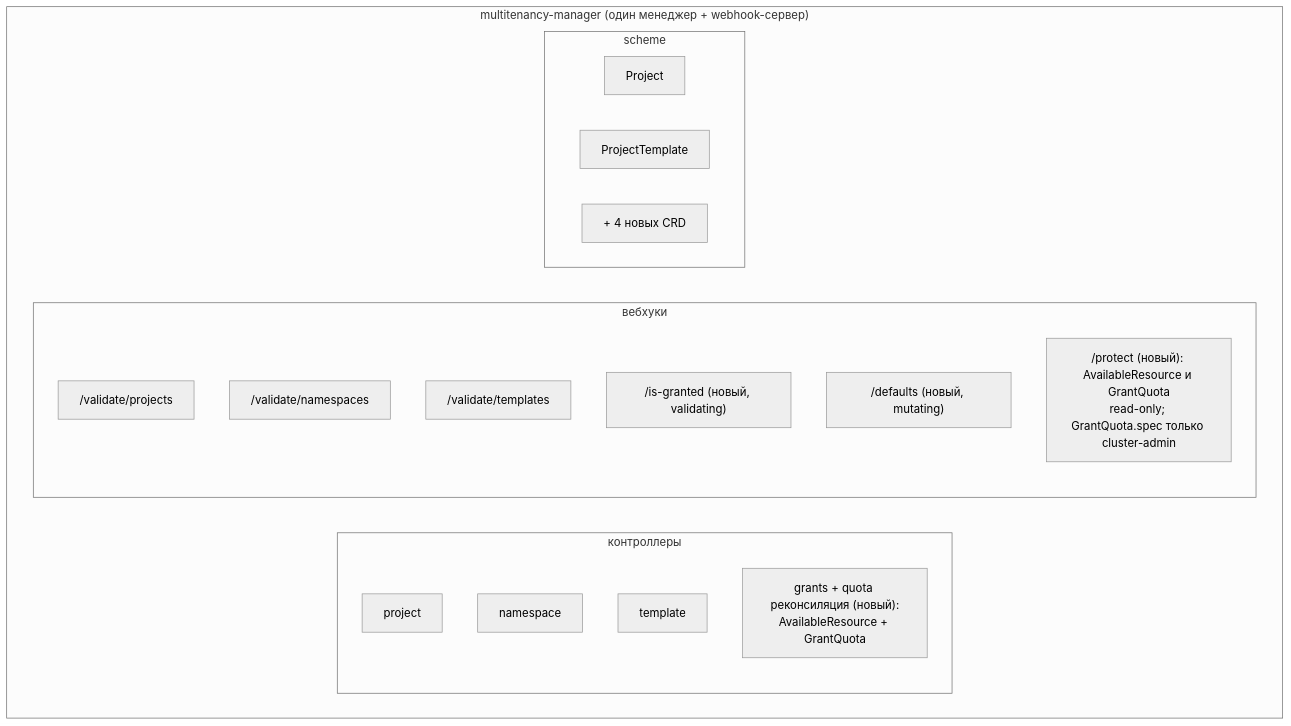
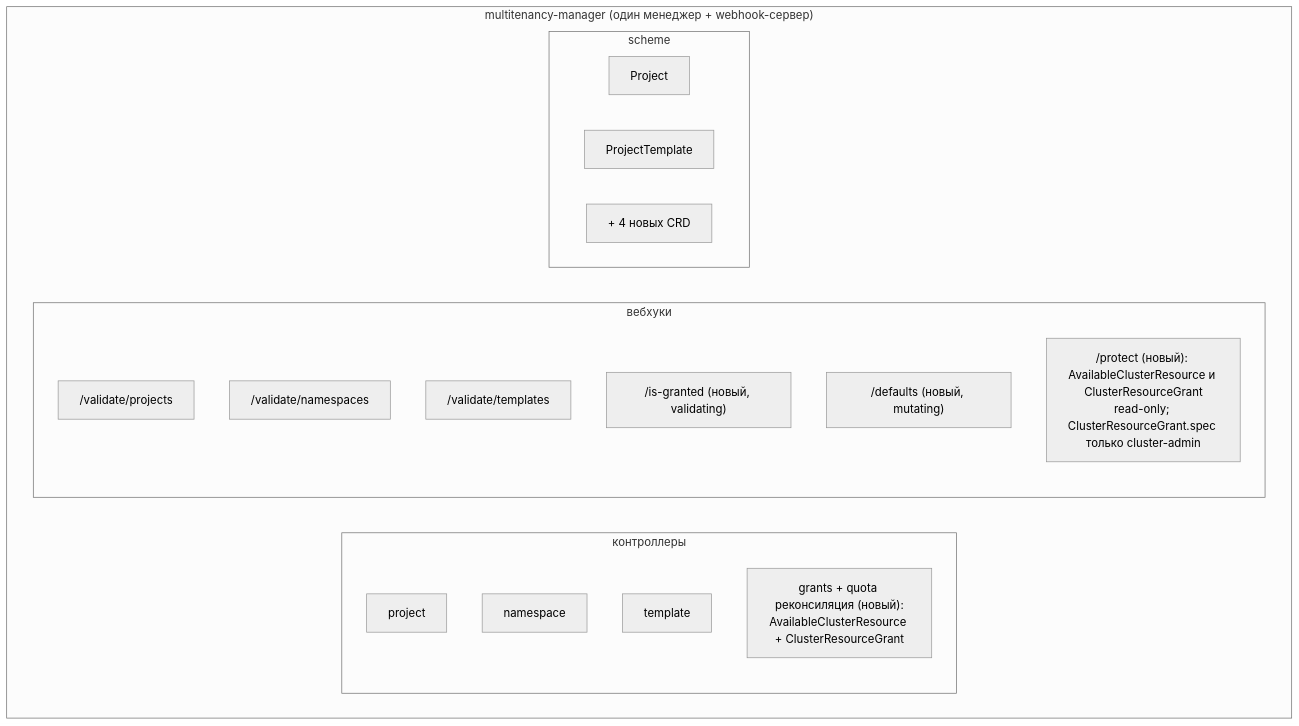
The first of 4 diagrams in modules/160-multitenancy-manager/docs/internal/CLUSTER_OBJECT_GRANTS_DESIGN_RU.md (deckhouse/deckhouse), drawn with Mermaid (neutral theme) before and after one commit. The commit also changed other lines of this file and 45 other files, not shown here.

First line of the commit message:
[multitenancy-manager] rename CRDs to cluster-resource terminology

````diff
--- a/modules/160-multitenancy-manager/docs/internal/CLUSTER_OBJECT_GRANTS_DESIGN_RU.md
+++ b/modules/160-multitenancy-manager/docs/internal/CLUSTER_OBJECT_GRANTS_DESIGN_RU.md
@@ -67,25 +67,25 @@
 ```mermaid
 flowchart TB
   subgraph MM["multitenancy-manager (один менеджер + webhook-сервер)"]
     subgraph CTRL["контроллеры"]
       C1[project]
       C2[namespace]
       C3[template]
-      C4["grants + quota реконсиляция (новый):<br/>AvailableResource + GrantQuota"]
+      C4["grants + quota реконсиляция (новый):<br/>AvailableClusterResource + ClusterResourceGrant"]
     end
     subgraph WH["вебхуки"]
       W1["/validate/projects"]
       W2["/validate/namespaces"]
       W3["/validate/templates"]
       W4["/is-granted (новый, validating)"]
       W5["/defaults (новый, mutating)"]
-      W6["/protect (новый): AvailableResource и GrantQuota<br/>read-only; GrantQuota.spec только cluster-admin"]
+      W6["/protect (новый): AvailableClusterResource и ClusterResourceGrant<br/>read-only; ClusterResourceGrant.spec только cluster-admin"]
     end
     subgraph SCH["scheme"]
       direction LR
       S1[Project]
       S2[ProjectTemplate]
       S3["+ 4 новых CRD"]
     end
   end
 ```
````
